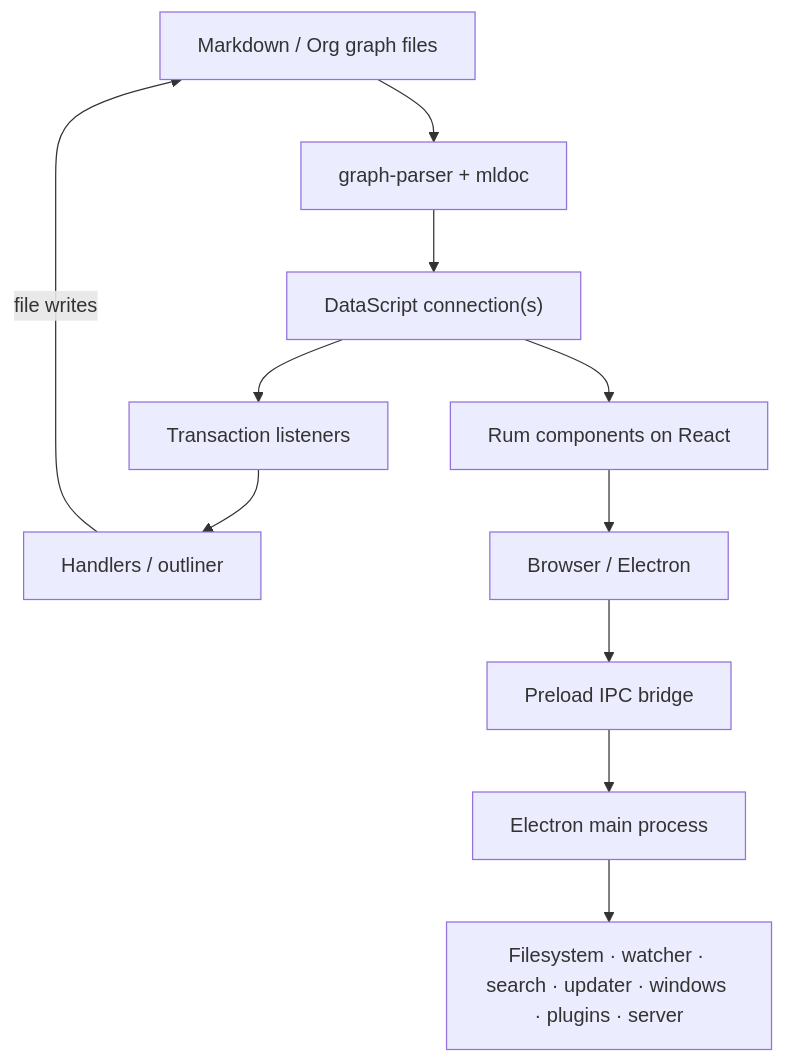
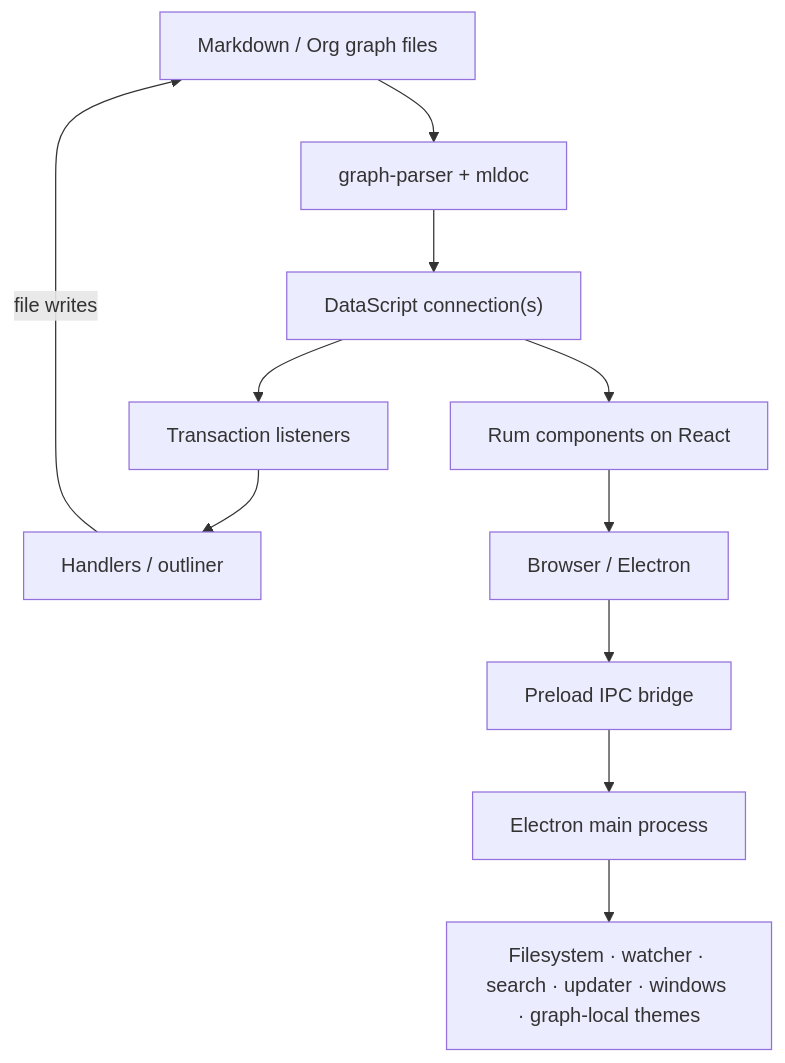
One commit to talal/logseq-og changed the diagram in docs/README.md. Above: the diagram before and after it, drawn with Mermaid. The commit also changed other lines of this file and 152 other files, not shown here.

Commit message:
Remove plugins and API server

````diff
--- a/docs/README.md
+++ b/docs/README.md
@@ -65,13 +65,13 @@
 ```mermaid
 flowchart TD
     files["Markdown / Org graph files"] --> parser["graph-parser + mldoc"]
     parser --> db["DataScript connection(s)"]
     db --> listeners["Transaction listeners"]
     listeners --> handlers["Handlers / outliner"]
     handlers -->|file writes| files
     db --> ui["Rum components on React"]
     ui --> hosts["Browser / Electron"]
     hosts --> bridge["Preload IPC bridge"]
     bridge --> main["Electron main process"]
-    main --> capabilities["Filesystem · watcher · search · updater · windows · plugins · server"]
+    main --> capabilities["Filesystem · watcher · search · updater · windows · graph-local themes"]
 ```
````
